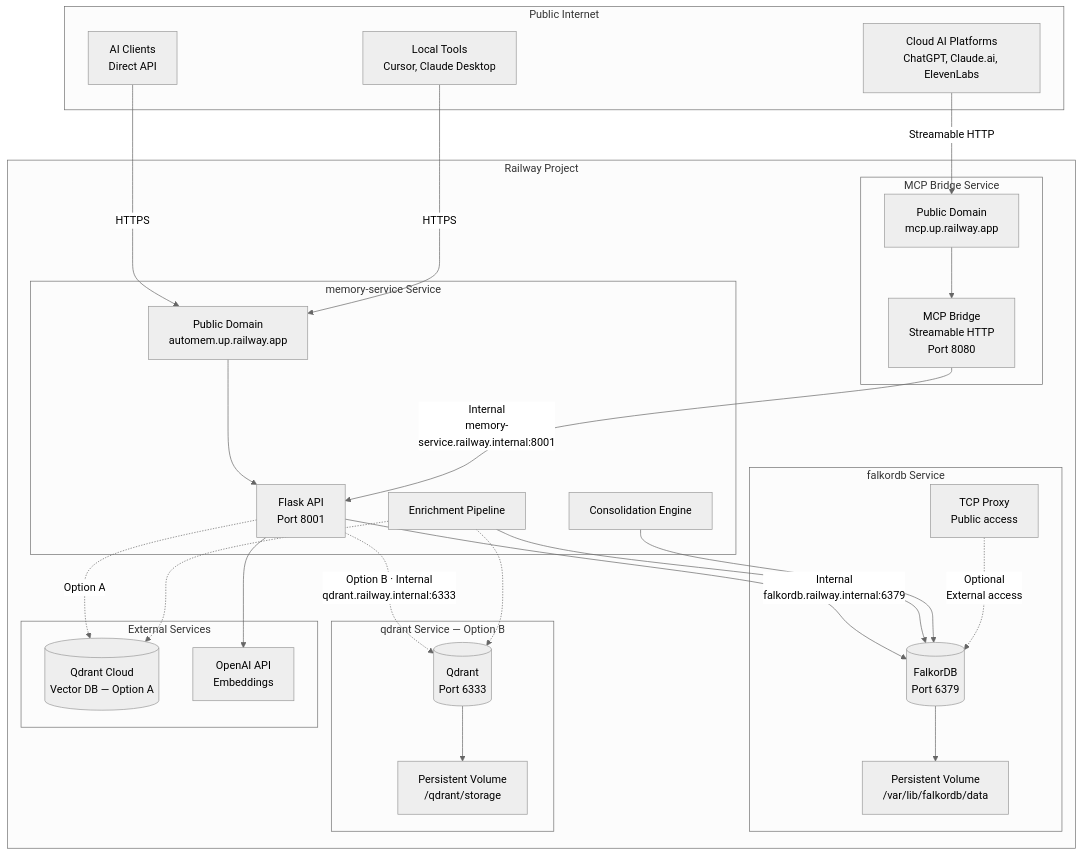
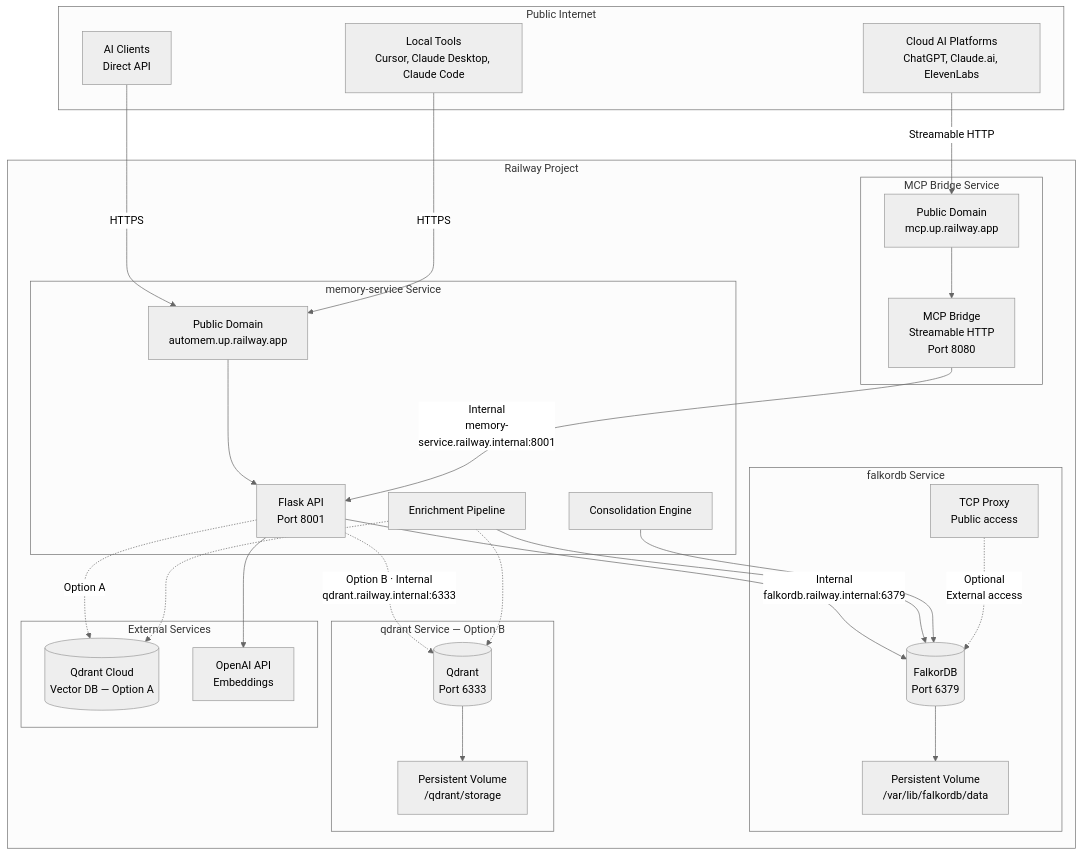
One commit to verygoodplugins/automem changed the diagram in docs/RAILWAY_DEPLOYMENT.md. Above: the diagram before and after it, drawn with Mermaid (neutral theme). The commit also changed other lines of this file and 3 other files, not shown here.

````diff
--- a/docs/RAILWAY_DEPLOYMENT.md
+++ b/docs/RAILWAY_DEPLOYMENT.md
@@ -16,63 +16,63 @@
 ```mermaid
 flowchart TB
     subgraph internet [Public Internet]
         Users[AI Clients<br/>Direct API]
         CloudAI[Cloud AI Platforms<br/>ChatGPT, Claude.ai, ElevenLabs]
-        Local[Local Tools<br/>Cursor, Claude Desktop]
+        Local[Local Tools<br/>Cursor, Claude Desktop, Claude Code]
     end
 
     subgraph railway [Railway Project]
         subgraph mcpbridge [MCP Bridge Service]
             MCPServer[MCP Bridge<br/>Streamable HTTP<br/>Port 8080]
             MCPDomain[Public Domain<br/>mcp.up.railway.app]
         end
 
         subgraph api [memory-service Service]
             FlaskAPI[Flask API<br/>Port 8001]
             APIDomain[Public Domain<br/>automem.up.railway.app]
 
             Enrichment[Enrichment Pipeline]
             Consolidation[Consolidation Engine]
         end
 
         subgraph db [falkordb Service]
             FalkorDB[(FalkorDB<br/>Port 6379)]
             Volume[Persistent Volume<br/>/var/lib/falkordb/data]
             TCPProxy[TCP Proxy<br/>Public access]
         end
 
         subgraph qdrantsvc [qdrant Service — Option B]
             Qdrant[(Qdrant<br/>Port 6333)]
             QdrantVolume[Persistent Volume<br/>/qdrant/storage]
         end
 
         subgraph external [External Services]
             QdrantCloud[(Qdrant Cloud<br/>Vector DB — Option A)]
             OpenAI[OpenAI API<br/>Embeddings]
         end
     end
 
     Users -->|HTTPS| APIDomain
     CloudAI -->|Streamable HTTP| MCPDomain
     Local -->|HTTPS| APIDomain
 
     MCPDomain --> MCPServer
     APIDomain --> FlaskAPI
 
     MCPServer -->|Internal<br/>memory-service.railway.internal:8001| FlaskAPI
 
     FlaskAPI -->|Internal<br/>falkordb.railway.internal:6379| FalkorDB
     FlaskAPI -.->|Option A| QdrantCloud
     FlaskAPI -.->|Option B · Internal<br/>qdrant.railway.internal:6333| Qdrant
     FlaskAPI --> OpenAI
 
     Enrichment --> FalkorDB
     Enrichment -.-> QdrantCloud
     Enrichment -.-> Qdrant
     Consolidation --> FalkorDB
 
     FalkorDB --> Volume
     Qdrant --> QdrantVolume
 
     TCPProxy -.->|Optional<br/>External access| FalkorDB
 ```
````
